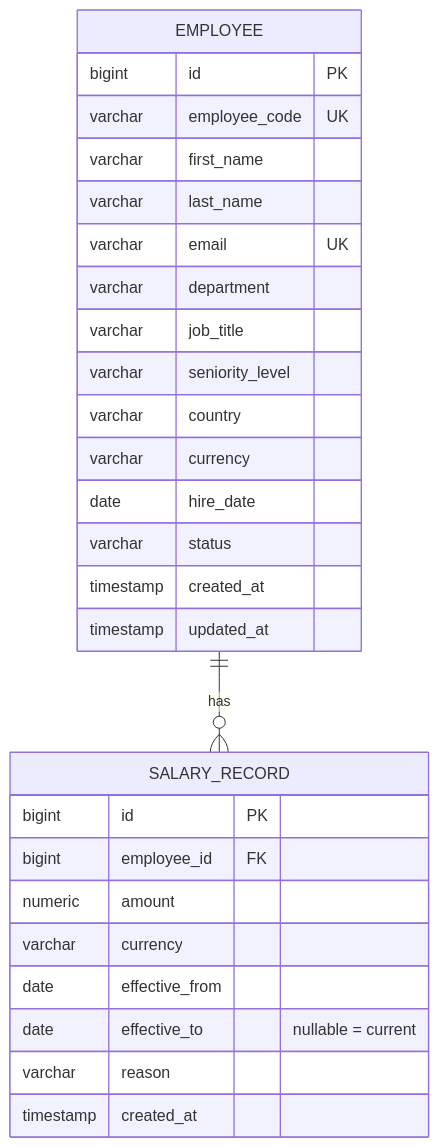
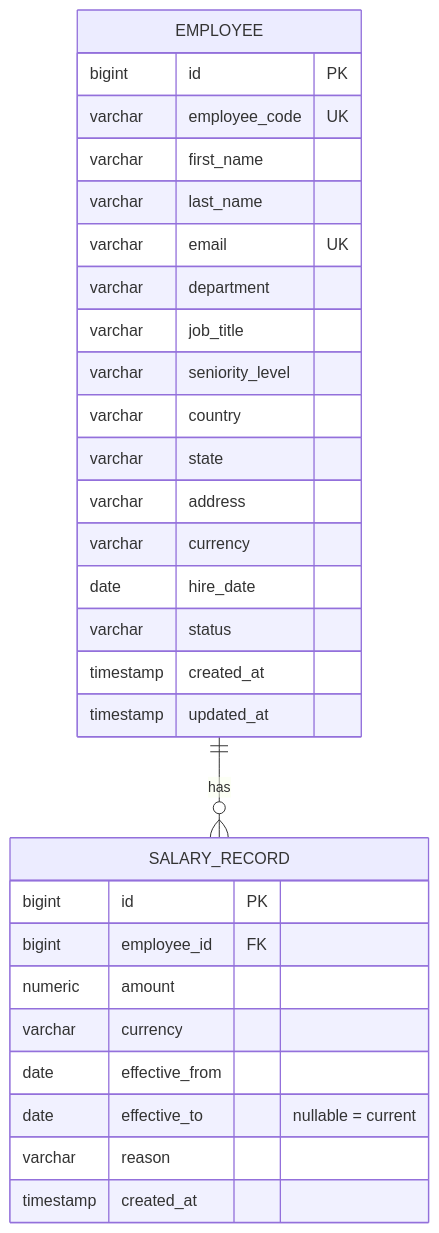
Before and after one commit to Amreshnit/salary-management: the fifth of 5 diagrams in docs/architecture.md, drawn with Mermaid. The commit also changed other lines of this file, not shown here.

First line of the commit message:
Correct architecture doc to match the built system; add HLD/LLD and a system-design-round guide

````diff
--- a/docs/architecture.md
+++ b/docs/architecture.md
@@ -14,30 +142,32 @@
 ```mermaid
 erDiagram
     EMPLOYEE ||--o{ SALARY_RECORD : has
     EMPLOYEE {
         bigint id PK
         varchar employee_code UK
         varchar first_name
         varchar last_name
         varchar email UK
         varchar department
         varchar job_title
         varchar seniority_level
         varchar country
+        varchar state
+        varchar address
         varchar currency
         date hire_date
         varchar status
         timestamp created_at
         timestamp updated_at
     }
     SALARY_RECORD {
         bigint id PK
         bigint employee_id FK
         numeric amount
         varchar currency
         date effective_from
         date effective_to "nullable = current"
         varchar reason
         timestamp created_at
     }
 ```
````
